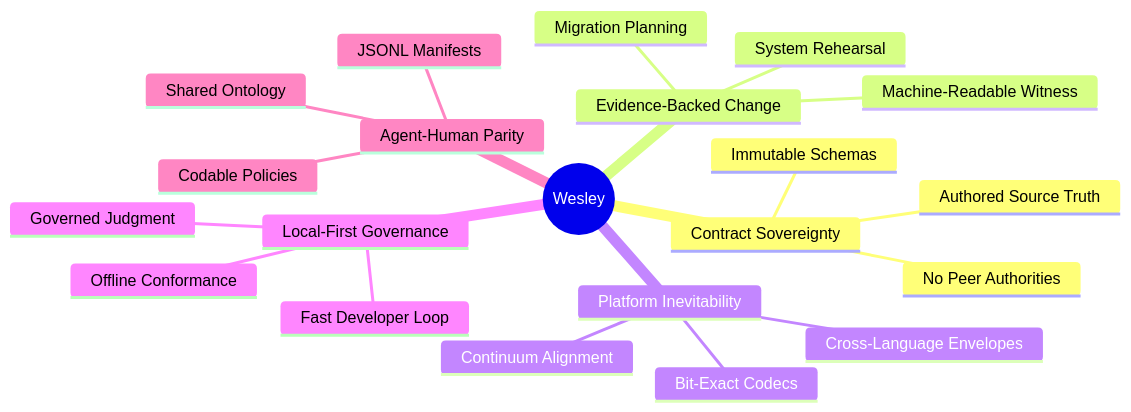
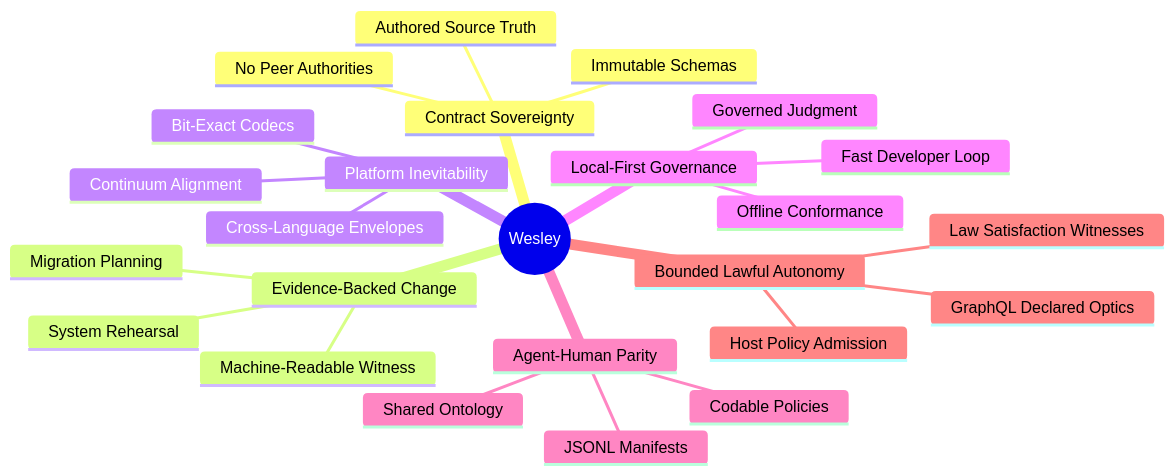
The diagram in docs/VISION.md (flyingrobots/wesley), drawn with Mermaid before and after one commit. The commit also changed other lines of this file and 4 other files, not shown here.

````diff
--- a/docs/VISION.md
+++ b/docs/VISION.md
@@ -6,24 +13,28 @@
 ```mermaid
 mindmap
     root((Wesley))
         Contract Sovereignty
             Authored Source Truth
             No Peer Authorities
             Immutable Schemas
         Evidence-Backed Change
             Migration Planning
             System Rehearsal
             Machine-Readable Witness
         Platform Inevitability
             Bit-Exact Codecs
             Cross-Language Envelopes
             Continuum Alignment
         Local-First Governance
             Fast Developer Loop
             Governed Judgment
             Offline Conformance
         Agent-Human Parity
             JSONL Manifests
             Shared Ontology
             Codable Policies
+        Bounded Lawful Autonomy
+            GraphQL Declared Optics
+            Host Policy Admission
+            Law Satisfaction Witnesses
 ```
````
